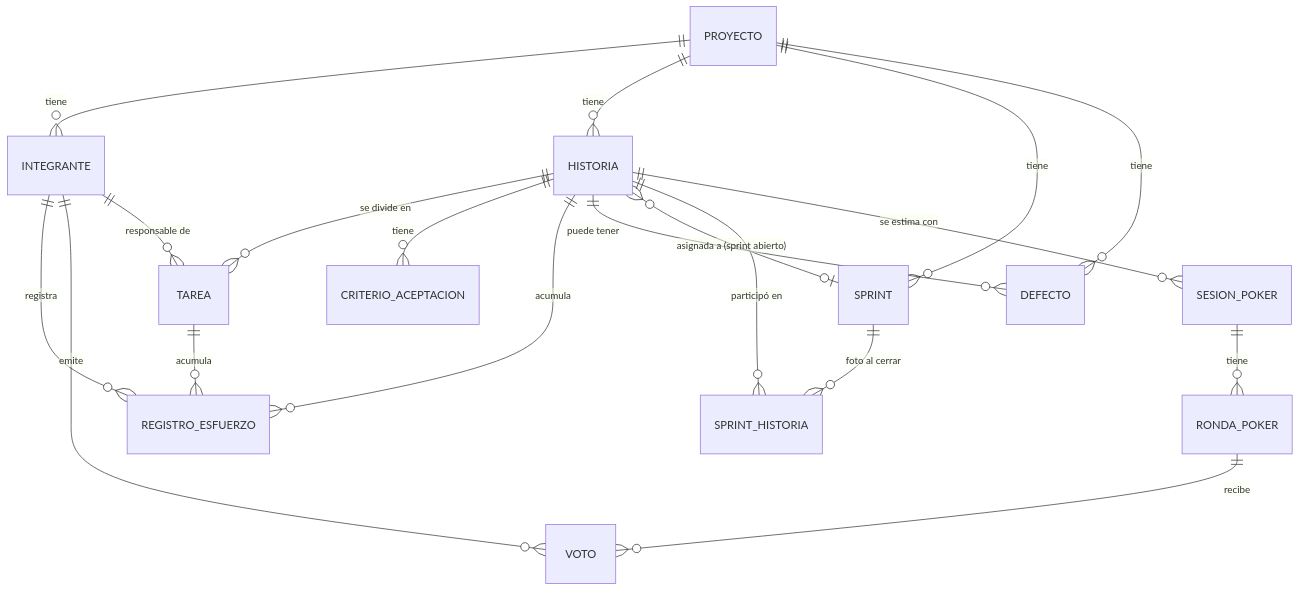
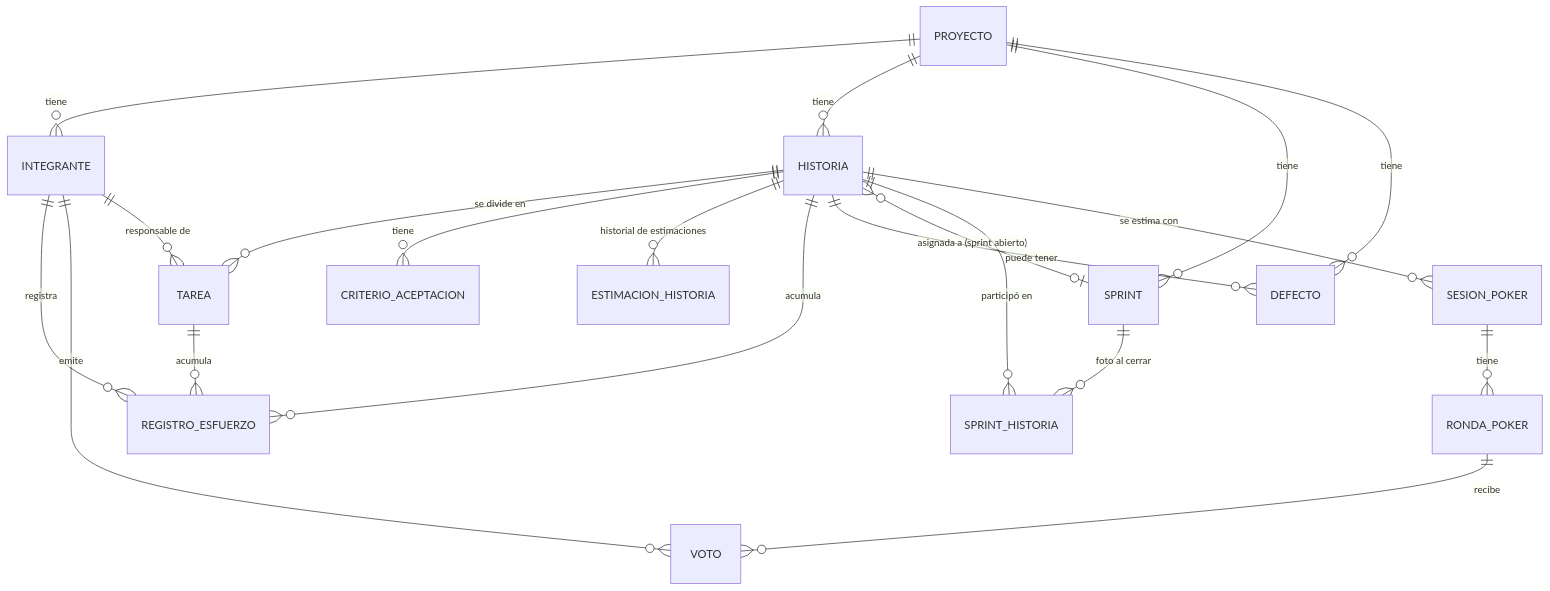
One commit to Juan-Pablo-Lopez-Laszuk/seguimiento-medicion changed the diagram in docs/modelo-datos.md. Above: the diagram before and after it, drawn with Mermaid. The commit also changed other lines of this file and 2 other files, not shown here.

Commit message:
feat(HU-16b): GREEN - migración 0003 estimaciones_historia y el repositorio PostgreSQL anota el historial en una transacción

````diff
--- a/docs/modelo-datos.md
+++ b/docs/modelo-datos.md
@@ -14,26 +15,27 @@
 ```mermaid
 erDiagram
     PROYECTO ||--o{ INTEGRANTE : tiene
     PROYECTO ||--o{ HISTORIA : tiene
     PROYECTO ||--o{ SPRINT : tiene
     PROYECTO ||--o{ DEFECTO : tiene
 
     HISTORIA ||--o{ TAREA : "se divide en"
     HISTORIA ||--o{ CRITERIO_ACEPTACION : tiene
+    HISTORIA ||--o{ ESTIMACION_HISTORIA : "historial de estimaciones"
     HISTORIA ||--o{ REGISTRO_ESFUERZO : acumula
     HISTORIA ||--o{ DEFECTO : "puede tener"
     HISTORIA }o--o| SPRINT : "asignada a (sprint abierto)"
 
     SPRINT ||--o{ SPRINT_HISTORIA : "foto al cerrar"
     HISTORIA ||--o{ SPRINT_HISTORIA : "participó en"
 
     INTEGRANTE ||--o{ REGISTRO_ESFUERZO : registra
     INTEGRANTE ||--o{ VOTO : emite
     INTEGRANTE ||--o{ TAREA : "responsable de"
 
     HISTORIA ||--o{ SESION_POKER : "se estima con"
     SESION_POKER ||--o{ RONDA_POKER : tiene
     RONDA_POKER ||--o{ VOTO : recibe
 
     TAREA ||--o{ REGISTRO_ESFUERZO : acumula
 ```
````
